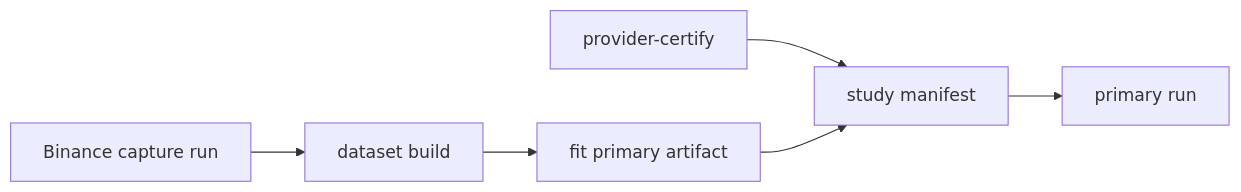
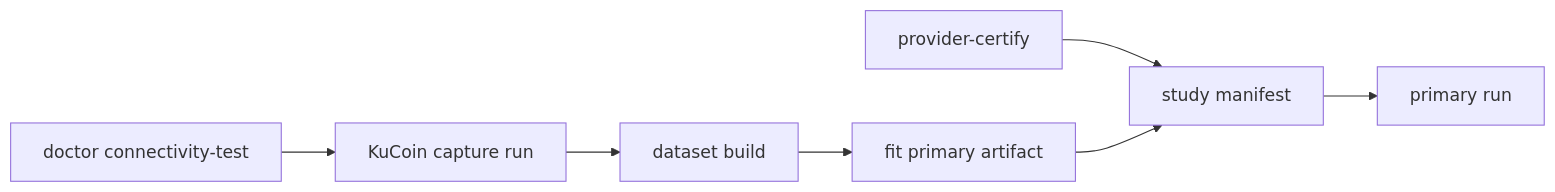
Before and after one commit to ali-baneshi/Exchange-Quant: the diagram in docs/RUNBOOK.md, drawn with Mermaid. The commit also changed other lines of this file and 12 other files, not shown here.

````diff
--- a/docs/RUNBOOK.md
+++ b/docs/RUNBOOK.md
@@ -86,8 +99,9 @@
 ```mermaid
 flowchart LR
-    capture[Binance capture run] --> dataset[dataset build]
+    preflight[doctor connectivity-test] --> capture[KuCoin capture run]
+    capture --> dataset[dataset build]
     dataset --> fit[fit primary artifact]
     certify[provider-certify] --> study[study manifest]
     fit --> study
     study --> primary[primary run]
 ```
````
